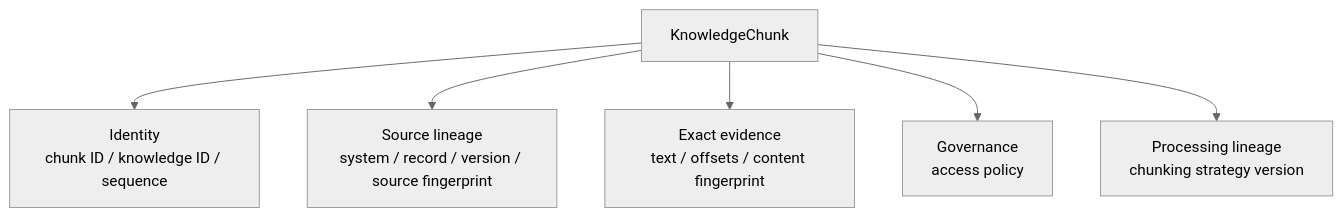
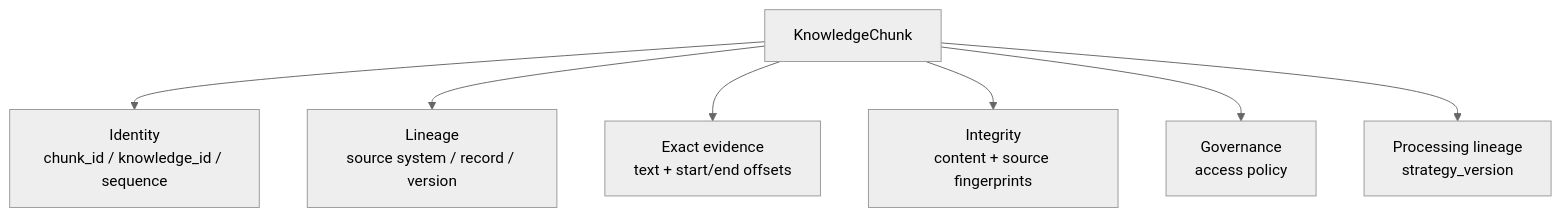
One commit to kumarchandansingh/tropos changed the fifth of 7 diagrams in docs/architecture/KNOWLEDGE_MODEL.md. Above: the diagram before and after it, drawn with Mermaid (neutral theme). The commit also changed other lines of this file and 13 other files, not shown here.

Commit message:
docs: rebuild Tropos living architecture

````diff
--- a/docs/architecture/KNOWLEDGE_MODEL.md
+++ b/docs/architecture/KNOWLEDGE_MODEL.md
@@ -56,9 +130,10 @@
 ```mermaid
 flowchart TB
     KC[KnowledgeChunk]
-    KC --> I[Identity<br/>chunk ID / knowledge ID / sequence]
-    KC --> SL[Source lineage<br/>system / record / version / source fingerprint]
-    KC --> E[Exact evidence<br/>text / offsets / content fingerprint]
+    KC --> I[Identity<br/>chunk_id / knowledge_id / sequence]
+    KC --> L[Lineage<br/>source system / record / version]
+    KC --> X[Exact evidence<br/>text + start/end offsets]
+    KC --> F[Integrity<br/>content + source fingerprints]
     KC --> G[Governance<br/>access policy]
-    KC --> PL[Processing lineage<br/>chunking strategy version]
+    KC --> P[Processing lineage<br/>strategy_version]
 ```
````
